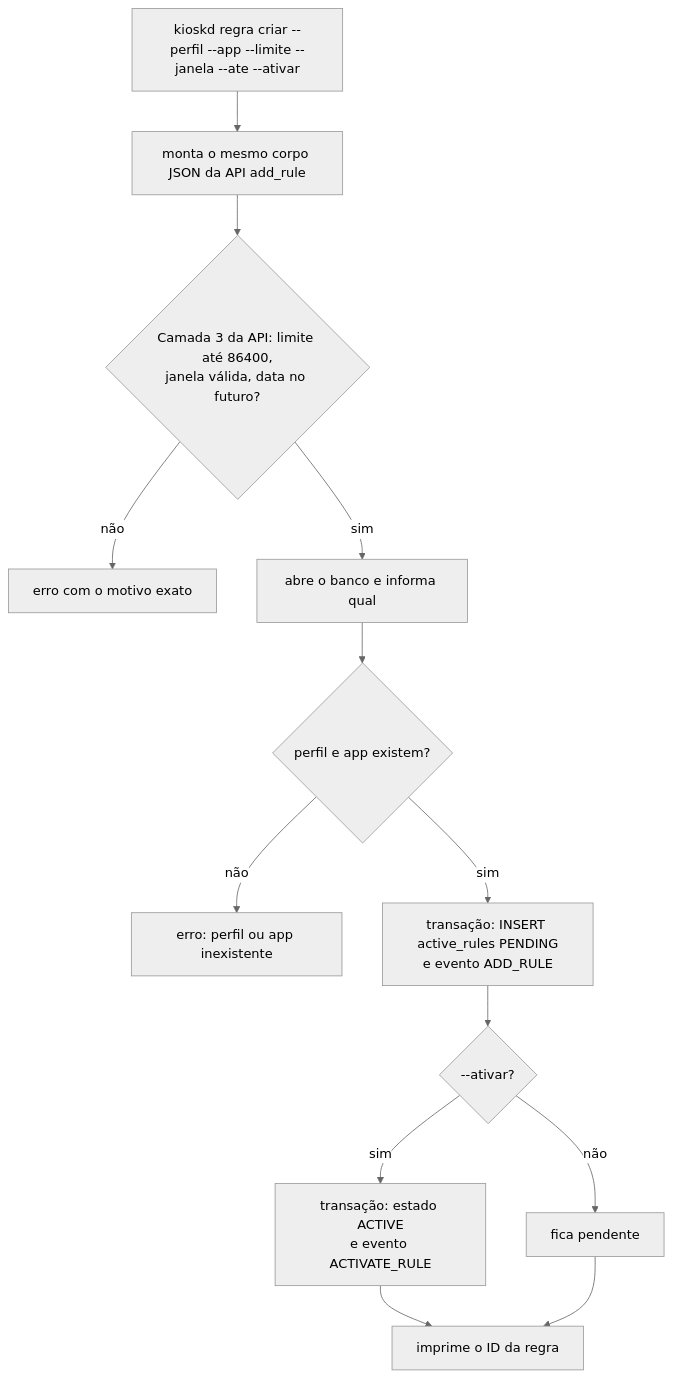
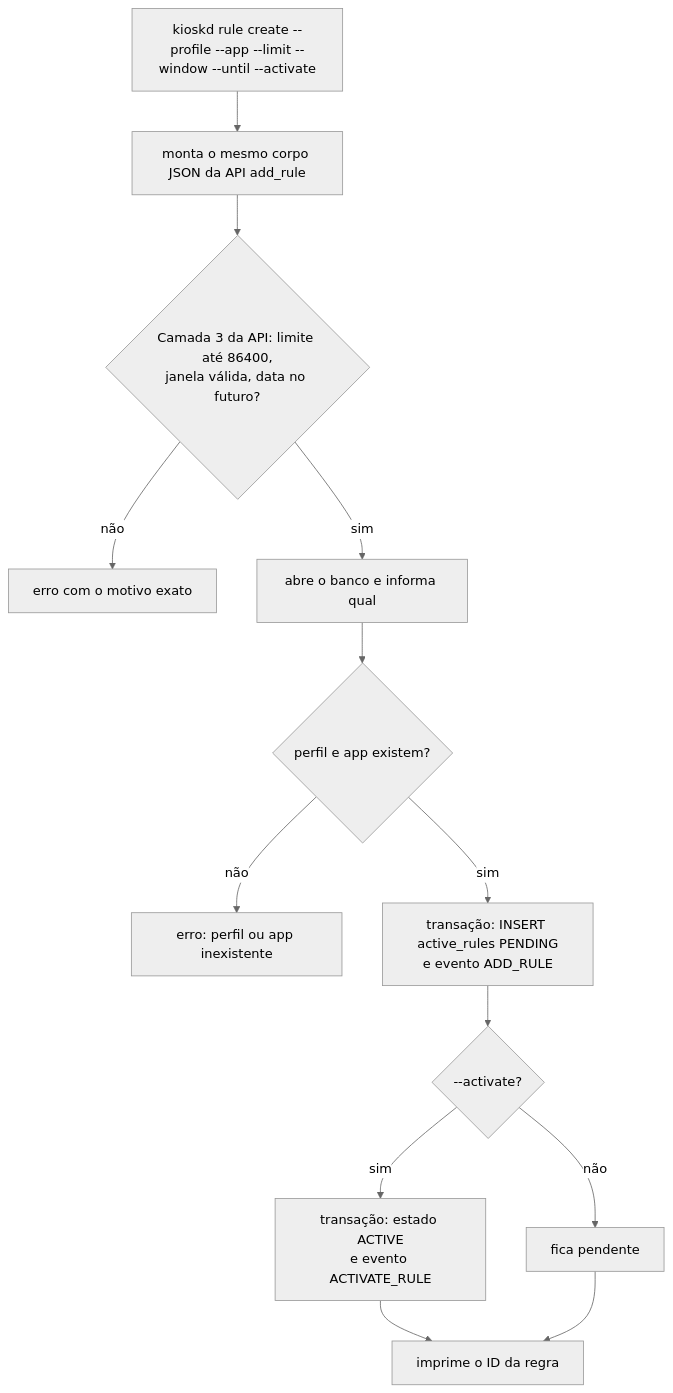
Before and after one commit to jefersonlop3s/kiosk-engine: diagram 13 of 28 in docs/architecture/fluxos-dos-comandos.md, drawn with Mermaid (neutral theme). The commit also changed other lines of this file and 43 other files, not shown here.

````diff
--- a/docs/architecture/fluxos-dos-comandos.md
+++ b/docs/architecture/fluxos-dos-comandos.md
@@ -200,15 +200,15 @@
 ```mermaid
 flowchart TD
-    A["kioskd regra criar --perfil --app --limite --janela --ate --ativar"] --> B["monta o mesmo corpo JSON da API add_rule"]
+    A["kioskd rule create --profile --app --limit --window --until --activate"] --> B["monta o mesmo corpo JSON da API add_rule"]
     B --> C{"Camada 3 da API: limite até 86400,<br/>janela válida, data no futuro?"}
     C -->|não| E1["erro com o motivo exato"]
     C -->|sim| D["abre o banco e informa qual"]
     D --> F{"perfil e app existem?"}
     F -->|não| E2["erro: perfil ou app inexistente"]
     F -->|sim| G["transação: INSERT active_rules PENDING<br/>e evento ADD_RULE"]
-    G --> H{"--ativar?"}
+    G --> H{"--activate?"}
     H -->|sim| I["transação: estado ACTIVE<br/>e evento ACTIVATE_RULE"]
     H -->|não| J["fica pendente"]
     I --> K["imprime o ID da regra"]
     J --> K
 ```
````
